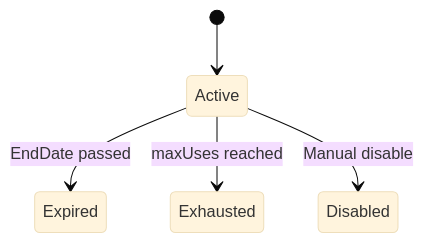
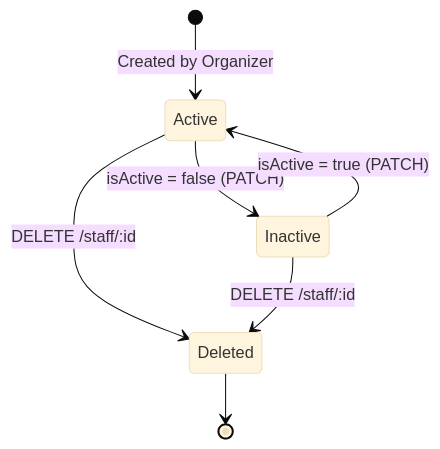
Diagram 26 of 42 in doc/UML/Nam_BookingOrg.md (SDN-Group5/Event-Ticketing-Platform), drawn with Mermaid (base theme) before and after one commit. The commit also changed other lines of this file and 2 other files, not shown here.

````diff
--- a/doc/UML/Nam_BookingOrg.md
+++ b/doc/UML/Nam_BookingOrg.md
@@ -232,7 +764,9 @@
 ```mermaid
 stateDiagram-v2
-    [*] --> Active
-    Active --> Expired: EndDate passed
-    Active --> Exhausted: maxUses reached
-    Active --> Disabled: Manual disable
+    [*] --> Active: Created by Organizer
+    Active --> Inactive: isActive = false (PATCH)
+    Inactive --> Active: isActive = true (PATCH)
+    Active --> Deleted: DELETE /staff/:id
+    Inactive --> Deleted: DELETE /staff/:id
+    Deleted --> [*]
 ```
````
